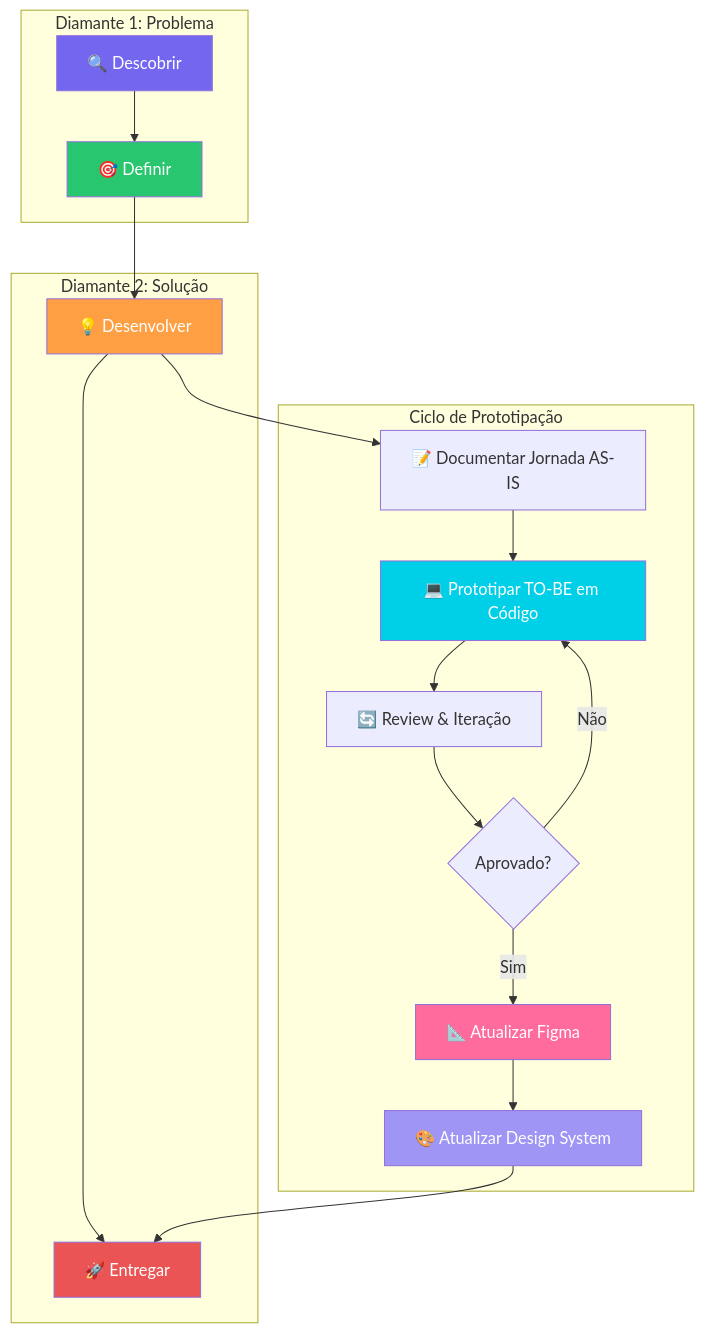
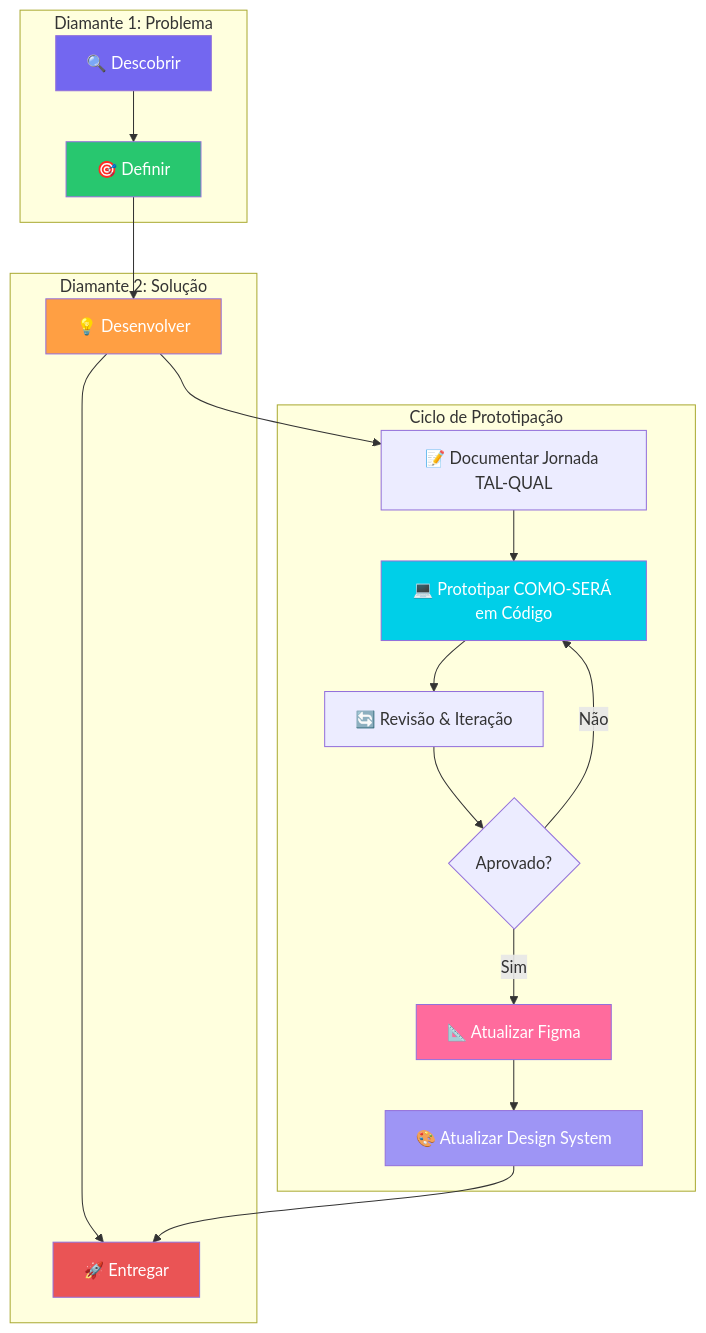
The second of 5 diagrams in documentation/docs/produto/design-process.md (fabioeducacross/Ambiente_de_Prototipacao_V5), drawn with Mermaid before and after one commit. The commit also changed other lines of this file, not shown here.

````diff
--- a/documentation/docs/produto/design-process.md
+++ b/documentation/docs/produto/design-process.md
@@ -45,30 +45,30 @@
 ```mermaid
 graph TB
     subgraph "Diamante 1: Problema"
         A1[🔍 Descobrir] --> A2[🎯 Definir]
     end
 
     subgraph "Diamante 2: Solução"
         A2 --> B1[💡 Desenvolver]
         B1 --> B2[🚀 Entregar]
     end
 
     subgraph "Ciclo de Prototipação"
-        B1 --> C1[📝 Documentar Jornada AS-IS]
-        C1 --> C2[💻 Prototipar TO-BE em Código]
-        C2 --> C3[🔄 Review & Iteração]
+        B1 --> C1[📝 Documentar Jornada TAL-QUAL]
+        C1 --> C2[💻 Prototipar COMO-SERÁ em Código]
+        C2 --> C3[🔄 Revisão & Iteração]
         C3 --> C4{Aprovado?}
         C4 -->|Não| C2
         C4 -->|Sim| C5[📐 Atualizar Figma]
         C5 --> C6[🎨 Atualizar Design System]
         C6 --> B2
     end
 
     style A1 fill:#7367F0,color:#fff
     style A2 fill:#28C76F,color:#fff
     style B1 fill:#FF9F43,color:#fff
     style B2 fill:#EA5455,color:#fff
     style C2 fill:#00CFE8,color:#fff
     style C5 fill:#FF6B9D,color:#fff
     style C6 fill:#9E95F5,color:#fff
 ```
````
